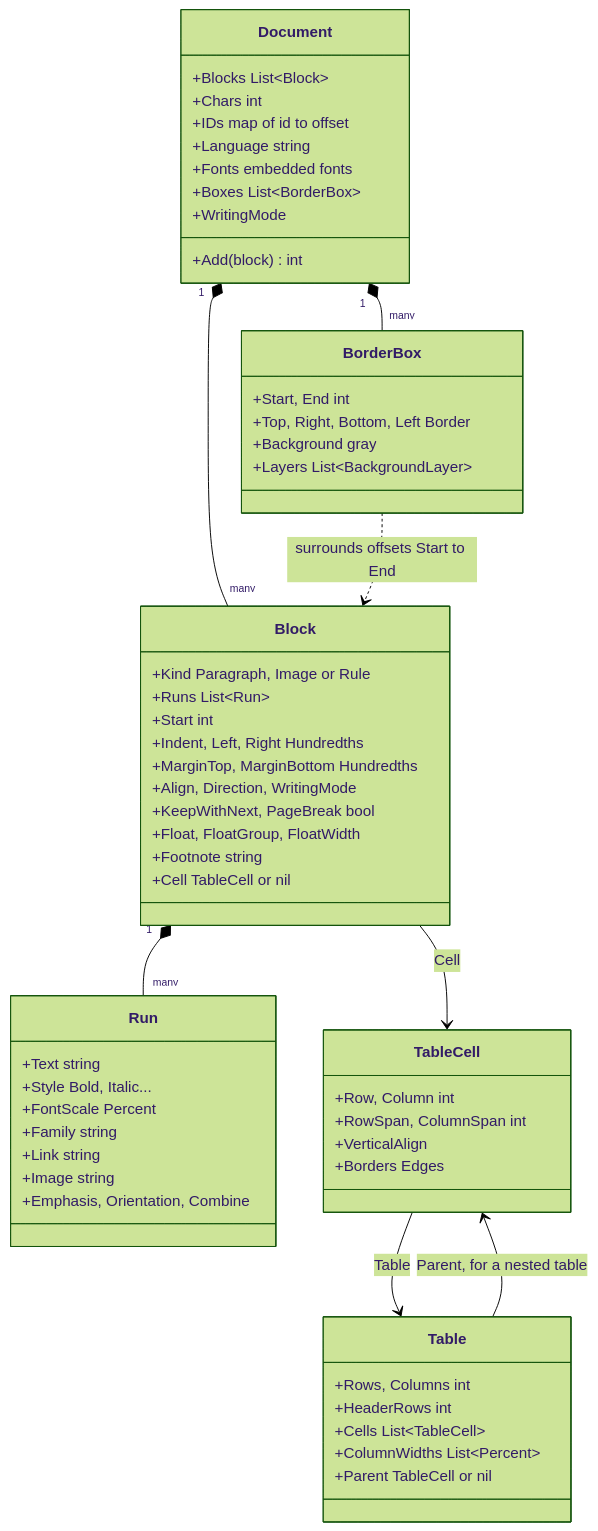
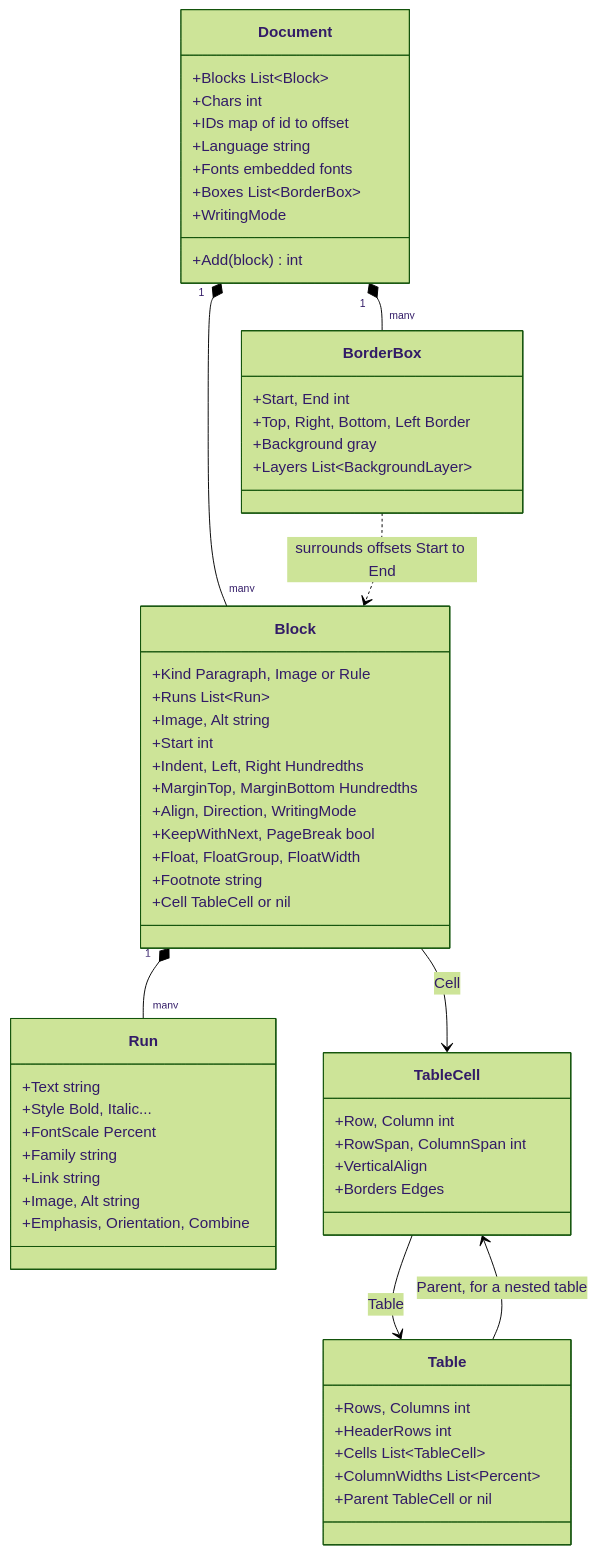
One commit to CedricHerzog/inkshelf changed the diagram in docs/reference/document-model.md. Above: the diagram before and after it, drawn with Mermaid (forest theme). The commit also changed other lines of this file and 62 other files, not shown here.

````diff
--- a/docs/reference/document-model.md
+++ b/docs/reference/document-model.md
@@ -13,60 +13,61 @@
 ```mermaid
 classDiagram
     class Document {
         +Blocks List~Block~
         +Chars int
         +IDs map of id to offset
         +Language string
         +Fonts embedded fonts
         +Boxes List~BorderBox~
         +WritingMode
         +Add(block) int
     }
     class Block {
         +Kind Paragraph, Image or Rule
         +Runs List~Run~
+        +Image, Alt string
         +Start int
         +Indent, Left, Right Hundredths
         +MarginTop, MarginBottom Hundredths
         +Align, Direction, WritingMode
         +KeepWithNext, PageBreak bool
         +Float, FloatGroup, FloatWidth
         +Footnote string
         +Cell TableCell or nil
     }
     class Run {
         +Text string
         +Style Bold, Italic...
         +FontScale Percent
         +Family string
         +Link string
-        +Image string
+        +Image, Alt string
         +Emphasis, Orientation, Combine
     }
     class BorderBox {
         +Start, End int
         +Top, Right, Bottom, Left Border
         +Background gray
         +Layers List~BackgroundLayer~
     }
     class Table {
         +Rows, Columns int
         +HeaderRows int
         +Cells List~TableCell~
         +ColumnWidths List~Percent~
         +Parent TableCell or nil
     }
     class TableCell {
         +Row, Column int
         +RowSpan, ColumnSpan int
         +VerticalAlign
         +Borders Edges
     }
     Document "1" *-- "many" Block
     Block "1" *-- "many" Run
     Document "1" *-- "many" BorderBox
     BorderBox ..> Block : surrounds offsets Start to End
     Block --> TableCell : Cell
     TableCell --> Table : Table
     Table --> TableCell : Parent, for a nested table
 ```
````
